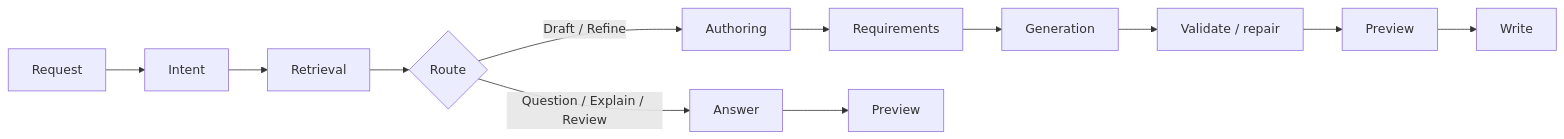
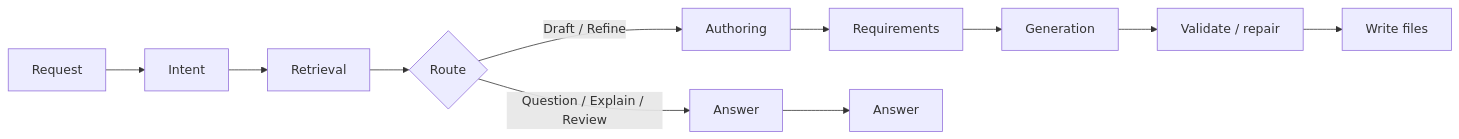
One commit to Airgap-Castaways/deck changed the diagram in docs/guides/ask.md. Above: the diagram before and after it, drawn with Mermaid. The commit also changed other lines of this file and 14 other files, not shown here.

````diff
--- a/docs/guides/ask.md
+++ b/docs/guides/ask.md
@@ -27,14 +27,13 @@
 ```mermaid
 flowchart LR
   A[Request] --> B[Intent]
   B --> C[Retrieval]
   C --> D{Route}
   D -- Question / Explain / Review --> E[Answer]
   D -- Draft / Refine --> F[Authoring]
   F --> G[Requirements]
   G --> H[Generation]
   H --> I[Validate / repair]
-  E --> J[Preview]
-  I --> K[Preview]
-  K --> L[Write]
+  E --> J[Answer]
+  I --> K[Write files]
 ```
````
